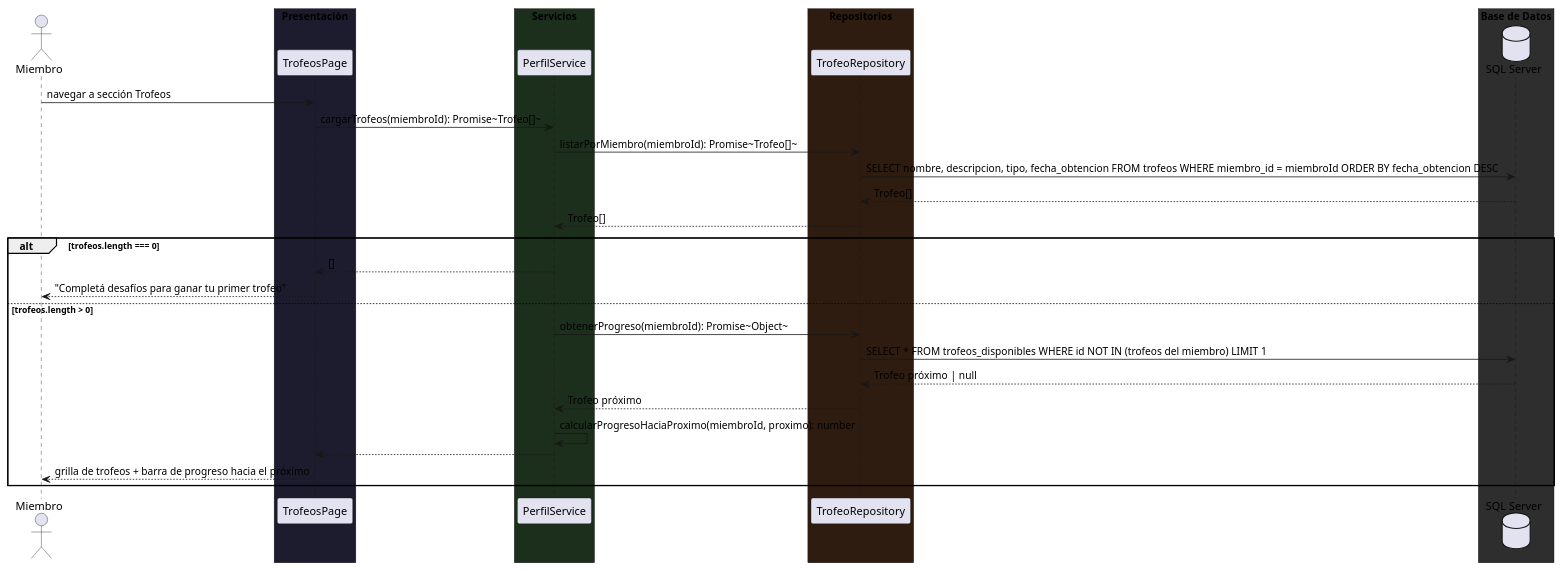
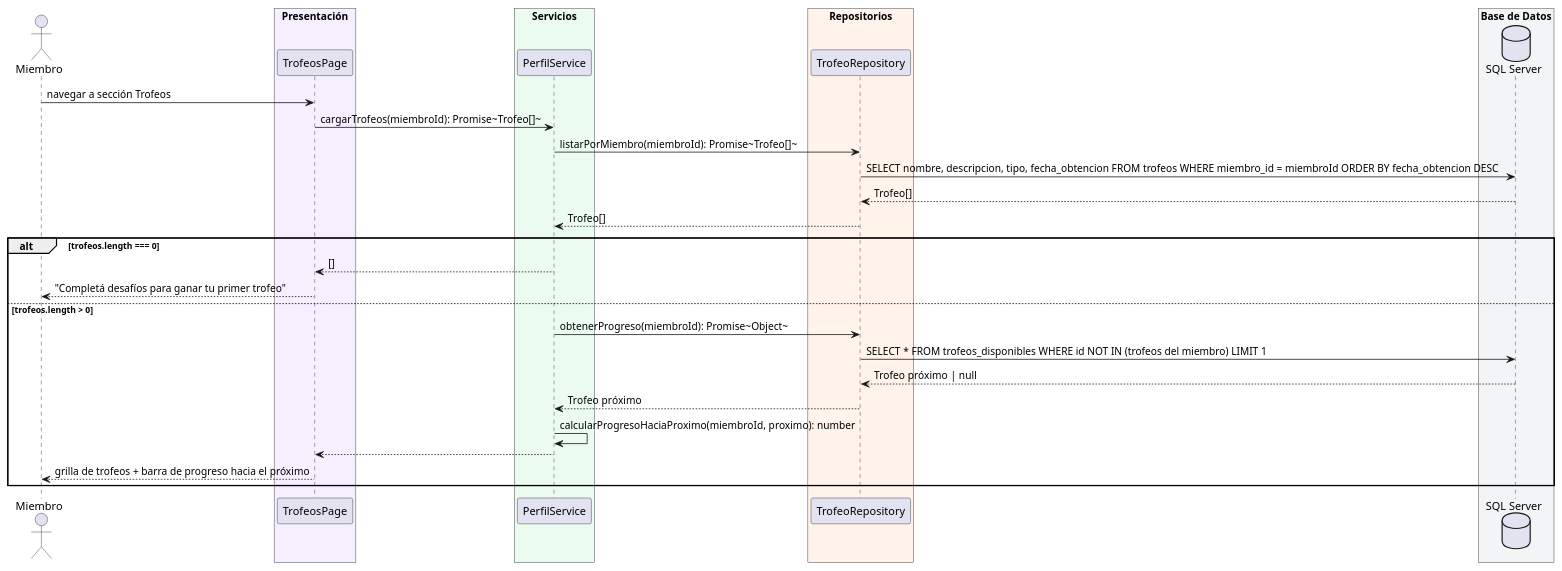
Before and after one commit to nicolassepulveda13/SAP: the fifth of 7 diagrams in silverback/docs/secuencias-cu005.md, drawn with PlantUML. The commit also changed other lines of this file and 9 other files, not shown here.

First line of the commit message:
docs: diagrama de clases en 5 capas (general + uno por capa) y colores claros en secuencias

````diff
--- a/silverback/docs/secuencias-cu005.md
+++ b/silverback/docs/secuencias-cu005.md
@@ -238,44 +238,44 @@
 ```plantuml
 @startuml CU-005-005
 
 actor Miembro
 
-box "Presentación" #1C1C2E
+box "Presentación" #F5F0FF
   participant "TrofeosPage" as Page
 end box
 
-box "Servicios" #1C2E1C
+box "Servicios" #EBFBF0
   participant "PerfilService" as Svc
 end box
 
-box "Repositorios" #2E1C10
+box "Repositorios" #FFF3EB
   participant "TrofeoRepository" as Repo
 end box
 
-box "Base de Datos" #2E2E2E
+box "Base de Datos" #F3F4F6
   database "SQL Server" as DB
 end box
 
 Miembro -> Page: navegar a sección Trofeos
 Page -> Svc: cargarTrofeos(miembroId): Promise~Trofeo[]~
 Svc -> Repo: listarPorMiembro(miembroId): Promise~Trofeo[]~
 Repo -> DB: SELECT nombre, descripcion, tipo, fecha_obtencion FROM trofeos WHERE miembro_id = miembroId ORDER BY fecha_obtencion DESC
 DB --> Repo: Trofeo[]
 Repo --> Svc: Trofeo[]
 
 alt trofeos.length === 0
     Svc --> Page: []
     Page --> Miembro: "Completá desafíos para ganar tu primer trofeo"
 else trofeos.length > 0
     Svc -> Repo: obtenerProgreso(miembroId): Promise~Object~
     Repo -> DB: SELECT * FROM trofeos_disponibles WHERE id NOT IN (trofeos del miembro) LIMIT 1
     DB --> Repo: Trofeo próximo | null
     Repo --> Svc: Trofeo próximo
 
     Svc -> Svc: calcularProgresoHaciaProximo(miembroId, proximo): number
     Svc --> Page:
     Page --> Miembro: grilla de trofeos + barra de progreso hacia el próximo
 end
 
 @enduml
 ```
````
